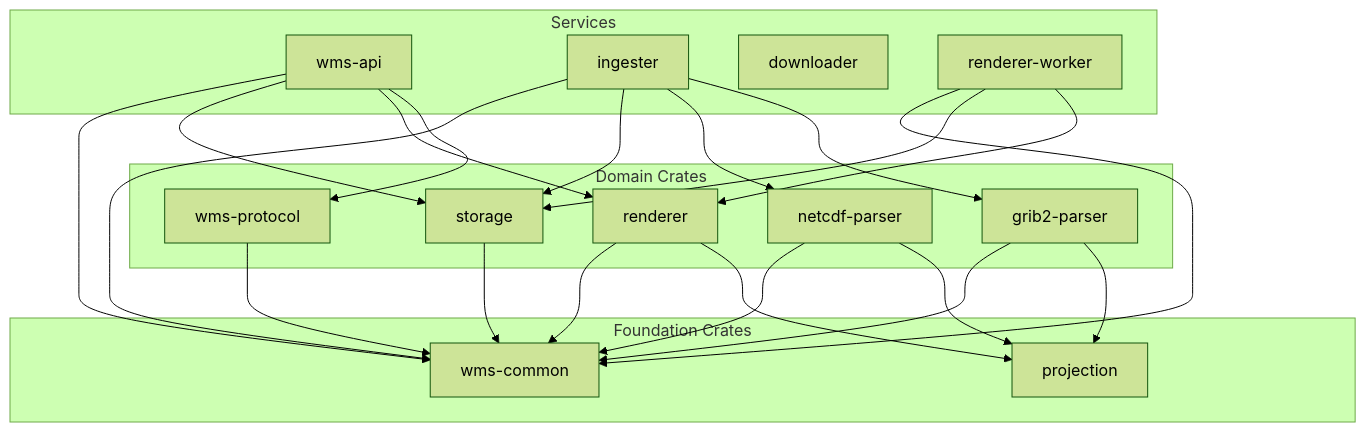
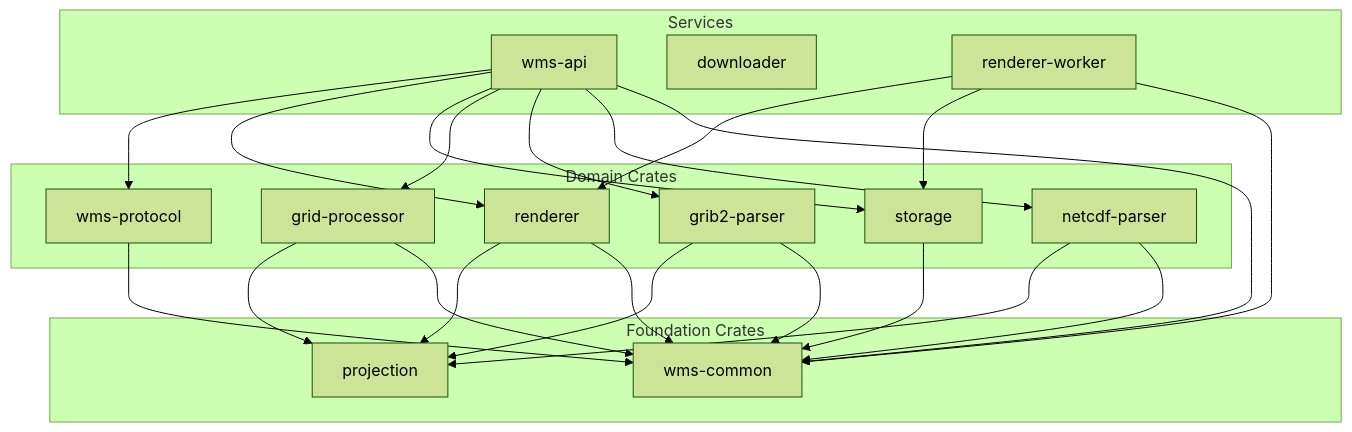
The diagram in docs/src/crates/README.md (JoegottabeGitenme/JoeGCServices), drawn with Mermaid (forest theme) before and after one commit. The commit also changed other lines of this file and 9 other files, not shown here.

Commit message:
fixed up the rest of the GFS layers and levels updated docs with some stuff about zarr pyramid tiling and grid processor among other bits

````diff
--- a/docs/src/crates/README.md
+++ b/docs/src/crates/README.md
@@ -7,48 +7,49 @@
 ```mermaid
 graph TB
     subgraph "Services"
         API[wms-api]
-        ING[ingester]
         DL[downloader]
         WORKER[renderer-worker]
     end
     
     subgraph "Domain Crates"
         GRIB[grib2-parser]
+        GRIDPROC[grid-processor]
         NETCDF[netcdf-parser]
         RENDERER[renderer]
         STORAGE[storage]
         PROTOCOL[wms-protocol]
     end
     
     subgraph "Foundation Crates"
         PROJ[projection]
         COMMON[wms-common]
     end
     
     API --> PROTOCOL
     API --> RENDERER
     API --> STORAGE
+    API --> GRIDPROC
+    API --> GRIB
+    API --> NETCDF
     API --> COMMON
-    
-    ING --> GRIB
-    ING --> NETCDF
-    ING --> STORAGE
-    ING --> COMMON
     
     WORKER --> RENDERER
     WORKER --> STORAGE
     WORKER --> COMMON
+    
+    GRIDPROC --> PROJ
+    GRIDPROC --> COMMON
     
     RENDERER --> PROJ
     RENDERER --> COMMON
     
     GRIB --> PROJ
     GRIB --> COMMON
     
     NETCDF --> PROJ
     NETCDF --> COMMON
     
     PROTOCOL --> COMMON
     STORAGE --> COMMON
 ```
````
